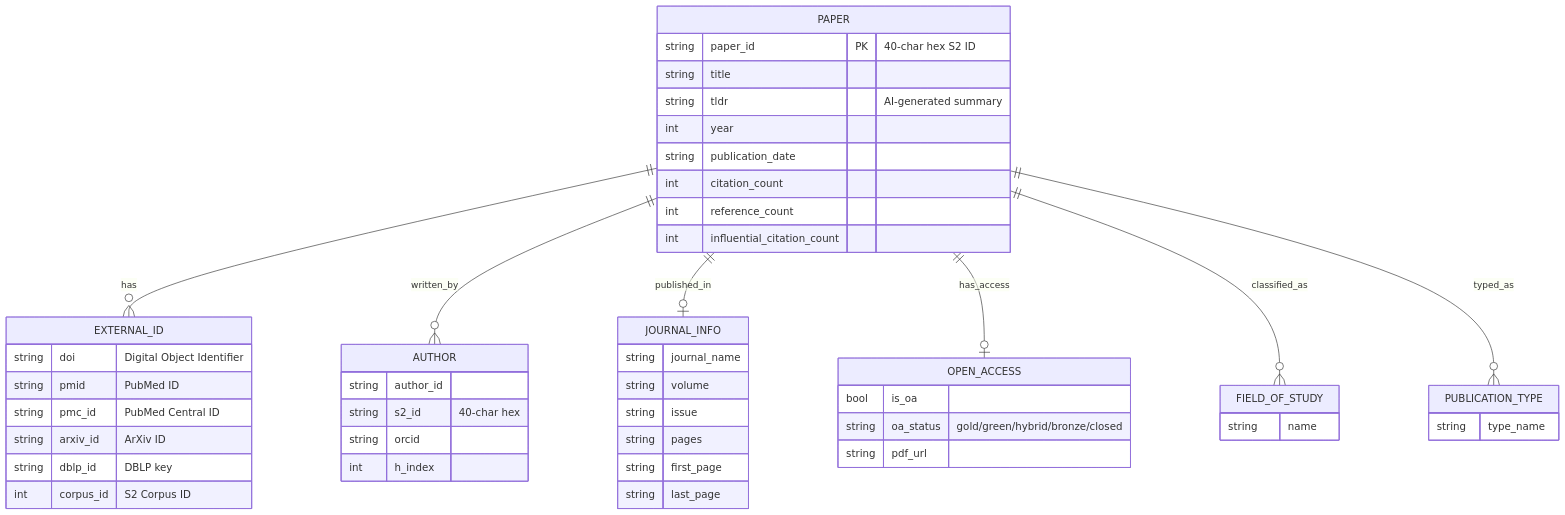
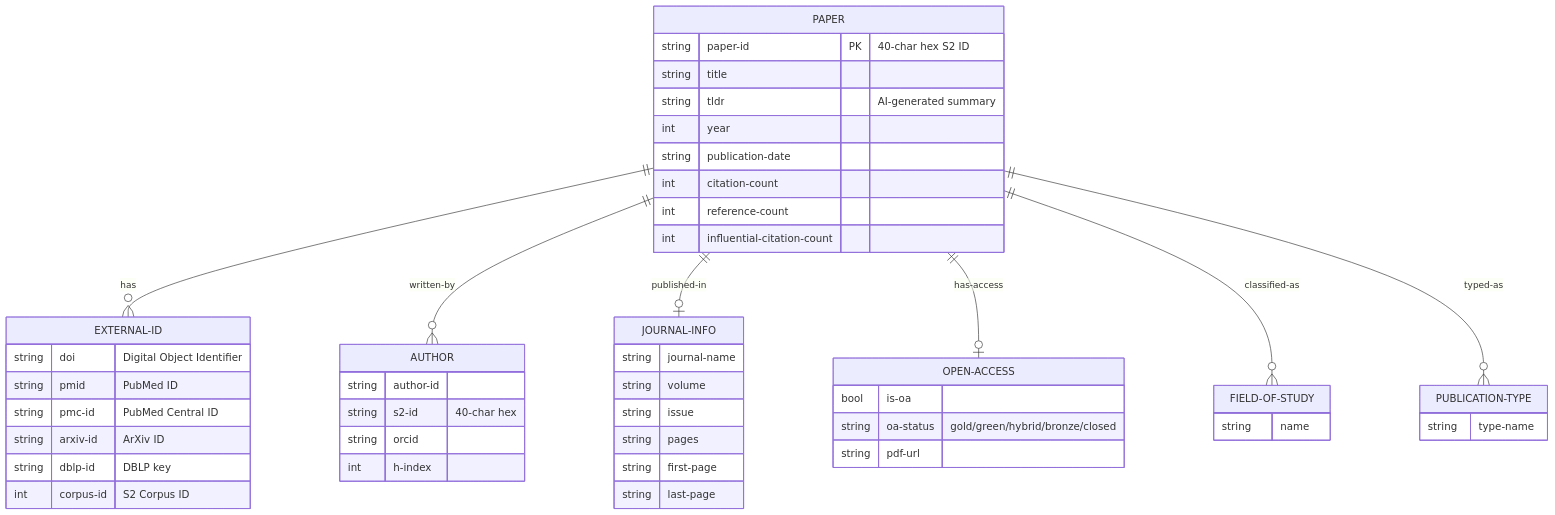
The second of 2 diagrams in docs/04-reference/pipelines/semanticscholar-publication.md (SatoryKono/BioactivityDataAcquisition), drawn with Mermaid before and after one commit. The commit also changed other lines of this file and 311 other files, not shown here.

````diff
--- a/docs/04-reference/pipelines/semanticscholar-publication.md
+++ b/docs/04-reference/pipelines/semanticscholar-publication.md
@@ -690,59 +690,59 @@
 ```mermaid
 erDiagram
-    PAPER ||--o{ EXTERNAL_ID : has
-    PAPER ||--o{ AUTHOR : written_by
-    PAPER ||--o| JOURNAL_INFO : published_in
-    PAPER ||--o| OPEN_ACCESS : has_access
-    PAPER ||--o{ FIELD_OF_STUDY : classified_as
-    PAPER ||--o{ PUBLICATION_TYPE : typed_as
+    PAPER ||--o{ EXTERNAL-ID : has
+    PAPER ||--o{ AUTHOR : written-by
+    PAPER ||--o| JOURNAL-INFO : published-in
+    PAPER ||--o| OPEN-ACCESS : has-access
+    PAPER ||--o{ FIELD-OF-STUDY : classified-as
+    PAPER ||--o{ PUBLICATION-TYPE : typed-as
 
     PAPER {
-        string paper_id PK "40-char hex S2 ID"
+        string paper-id PK "40-char hex S2 ID"
         string title
         string tldr "AI-generated summary"
         int year
-        string publication_date
-        int citation_count
-        int reference_count
-        int influential_citation_count
+        string publication-date
+        int citation-count
+        int reference-count
+        int influential-citation-count
     }
 
-    EXTERNAL_ID {
+    EXTERNAL-ID {
         string doi "Digital Object Identifier"
         string pmid "PubMed ID"
-        string pmc_id "PubMed Central ID"
-        string arxiv_id "ArXiv ID"
-        string dblp_id "DBLP key"
-        int corpus_id "S2 Corpus ID"
+        string pmc-id "PubMed Central ID"
+        string arxiv-id "ArXiv ID"
+        string dblp-id "DBLP key"
+        int corpus-id "S2 Corpus ID"
     }
 
     AUTHOR {
-        string author_id
-        string s2_id "40-char hex"
+        string author-id
+        string s2-id "40-char hex"
         string orcid
-        int h_index
+        int h-index
     }
 
-    JOURNAL_INFO {
-        string journal_name
+    JOURNAL-INFO {
+        string journal-name
         string volume
         string issue
         string pages
-        string first_page
-        string last_page
+        string first-page
+        string last-page
     }
 
-    OPEN_ACCESS {
-        bool is_oa
-        string oa_status "gold/green/hybrid/bronze/closed"
-        string pdf_url
+    OPEN-ACCESS {
+        bool is-oa
+        string oa-status "gold/green/hybrid/bronze/closed"
+        string pdf-url
     }
 
-    FIELD_OF_STUDY {
+    FIELD-OF-STUDY {
         string name
     }
 
-    PUBLICATION_TYPE {
-        string type_name
+    PUBLICATION-TYPE {
+        string type-name
     }
 ```
````
